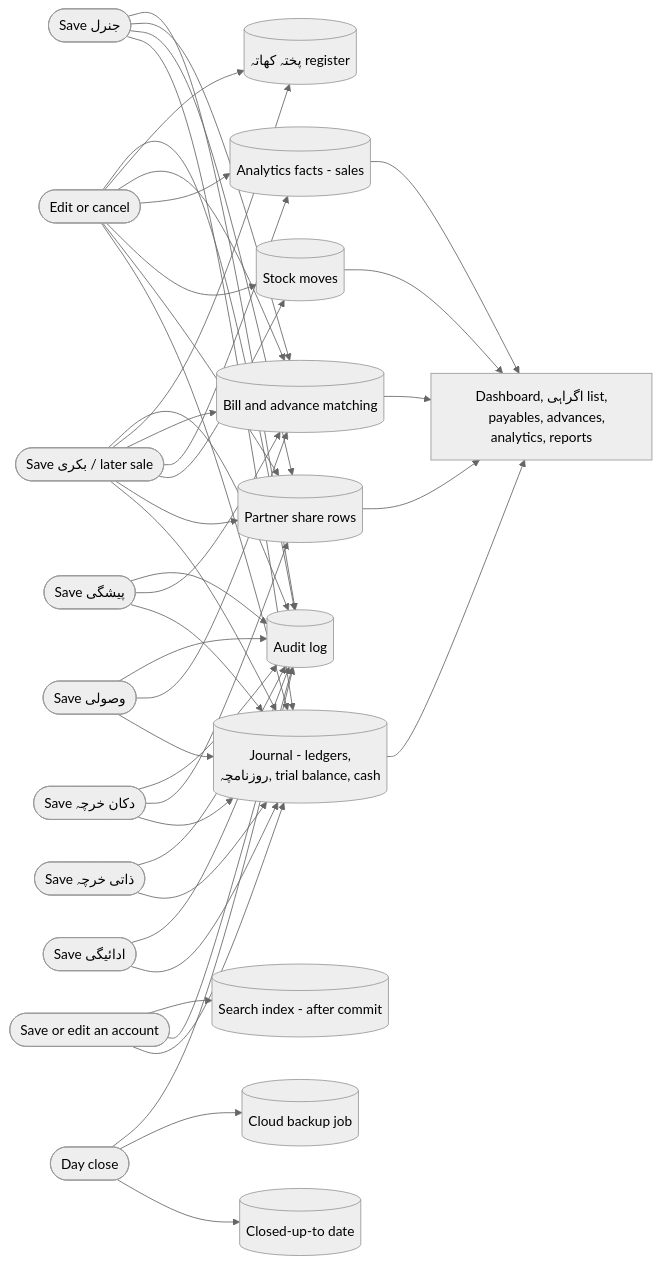
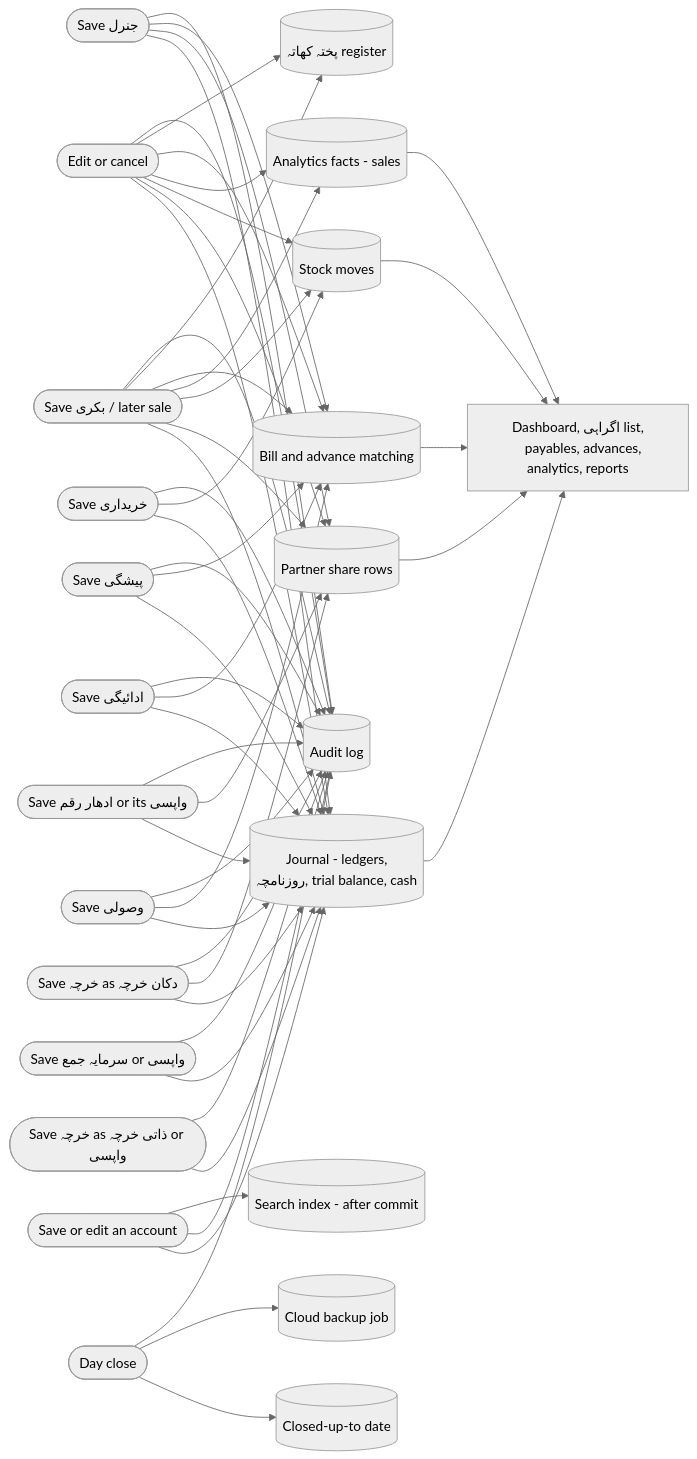
One commit to FaisalHanif12/Fruits-Mandi-Software changed the seventh of 26 diagrams in .claude/rules/Architecture_v1.md. Above: the diagram before and after it, drawn with Mermaid (neutral theme). The commit also changed other lines of this file and 1119 other files, not shown here.

````diff
--- a/.claude/rules/Architecture_v1.md
+++ b/.claude/rules/Architecture_v1.md
@@ -257,38 +257,44 @@
 ```mermaid
 flowchart LR
     SAVE_BIKRI(["Save بکری / later sale"])
     EDIT(["Edit or cancel"])
     SAVE_REC(["Save وصولی"])
     SAVE_PAY(["Save ادائیگی"])
     SAVE_ADV(["Save پیشگی"])
-    SAVE_SHOP(["Save دکان خرچہ"])
-    SAVE_PERS(["Save ذاتی خرچہ"])
+    SAVE_SHOP(["Save خرچہ as دکان خرچہ"])
+    SAVE_PERS(["Save خرچہ as ذاتی خرچہ or واپسی"])
+    SAVE_LENT(["Save ادھار رقم or its واپسی"])
+    SAVE_PUR(["Save خریداری"])
+    SAVE_CAP(["Save سرمایہ جمع or واپسی"])
     SAVE_GEN(["Save جنرل"])
     DAYC(["Day close"])
 
     JRN[("Journal - ledgers,
     روزنامچہ, trial balance, cash")]
     SPLIT[("Partner share rows")]
     STOCK[("Stock moves")]
     FACTS[("Analytics facts - sales")]
     MATCH[("Bill and advance matching")]
     PUKHTA[("پختہ کھاتہ register")]
     AUD[("Audit log")]
     DAYS[("Closed-up-to date")]
     BACKUP[("Cloud backup job")]
     DASHV["Dashboard, اگراہی list,
     payables, advances, analytics, reports"]
 
     SAVE_BIKRI --> JRN & SPLIT & STOCK & FACTS & MATCH & PUKHTA & AUD
     EDIT --> JRN & SPLIT & STOCK & FACTS & MATCH & PUKHTA & AUD
     SAVE_REC --> JRN & MATCH & AUD
-    SAVE_PAY --> JRN & AUD
+    SAVE_PAY --> JRN & MATCH & AUD
     SAVE_ADV --> JRN & MATCH & AUD
     SAVE_SHOP --> JRN & SPLIT & AUD
     SAVE_PERS --> JRN & AUD
+    SAVE_LENT --> JRN & SPLIT & AUD
+    SAVE_PUR --> JRN & STOCK & AUD
+    SAVE_CAP --> JRN & AUD
     SAVE_GEN --> JRN & SPLIT & MATCH & AUD
     SAVE_ACC(["Save or edit an account"]) --> JRN & AUD & SIDX[("Search index - after commit")]
     DAYC --> DAYS & BACKUP & AUD
 
     JRN & SPLIT & STOCK & FACTS & MATCH --> DASHV
 ```
````
